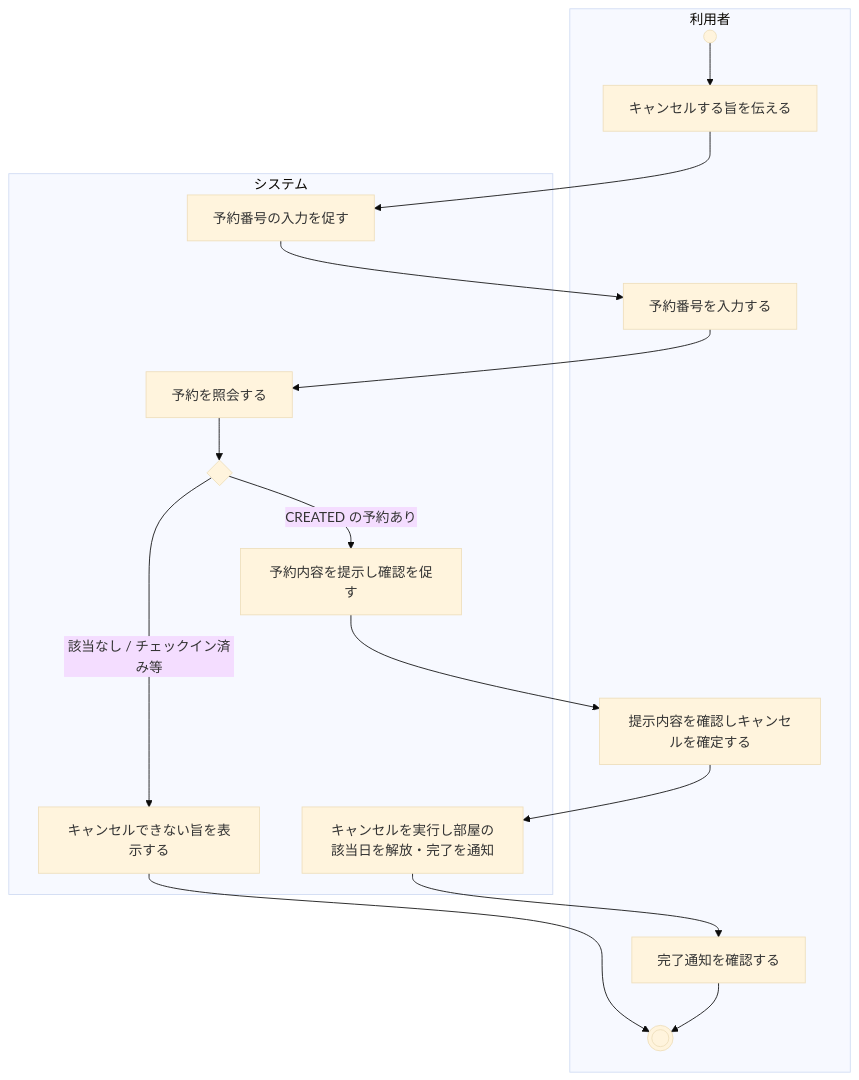
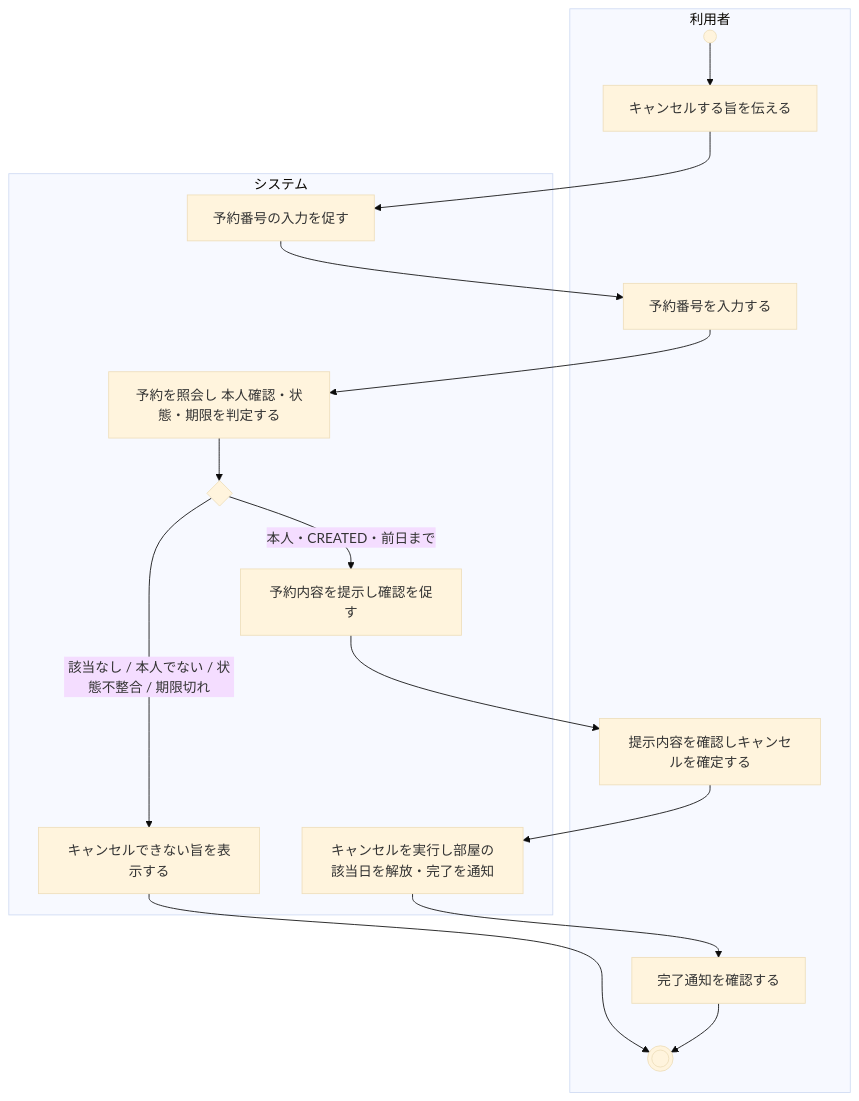
The second of 4 diagrams in Cancel_Feature_Proposal.md (Kohki-tyl/HRS), drawn with Mermaid (base theme) before and after one commit. The commit also changed other lines of this file, not shown here.

````diff
--- a/Cancel_Feature_Proposal.md
+++ b/Cancel_Feature_Proposal.md
@@ -109,29 +117,29 @@
 ```mermaid
 flowchart TD
     subgraph U[利用者]
         A0(( )) --> A1[キャンセルする旨を伝える]
         A4[予約番号を入力する]
         A7[提示内容を確認しキャンセルを確定する]
         A10[完了通知を確認する] --> A11((( )))
     end
 
     subgraph S[システム]
         A2[予約番号の入力を促す]
-        A5[予約を照会する]
+        A5[予約を照会し 本人確認・状態・期限を判定する]
         A6{ }
         A8[予約内容を提示し確認を促す]
         A9[キャンセルを実行し部屋の該当日を解放・完了を通知]
         A12[キャンセルできない旨を表示する]
     end
 
     A1 --> A2
     A2 --> A4
     A4 --> A5
     A5 --> A6
-    A6 -->|CREATED の予約あり| A8
-    A6 -->|該当なし / チェックイン済み等| A12
+    A6 -->|本人・CREATED・前日まで| A8
+    A6 -->|該当なし / 本人でない / 状態不整合 / 期限切れ| A12
     A8 --> A7
     A7 --> A9
     A9 --> A10
     A12 --> A11
 ```
````
